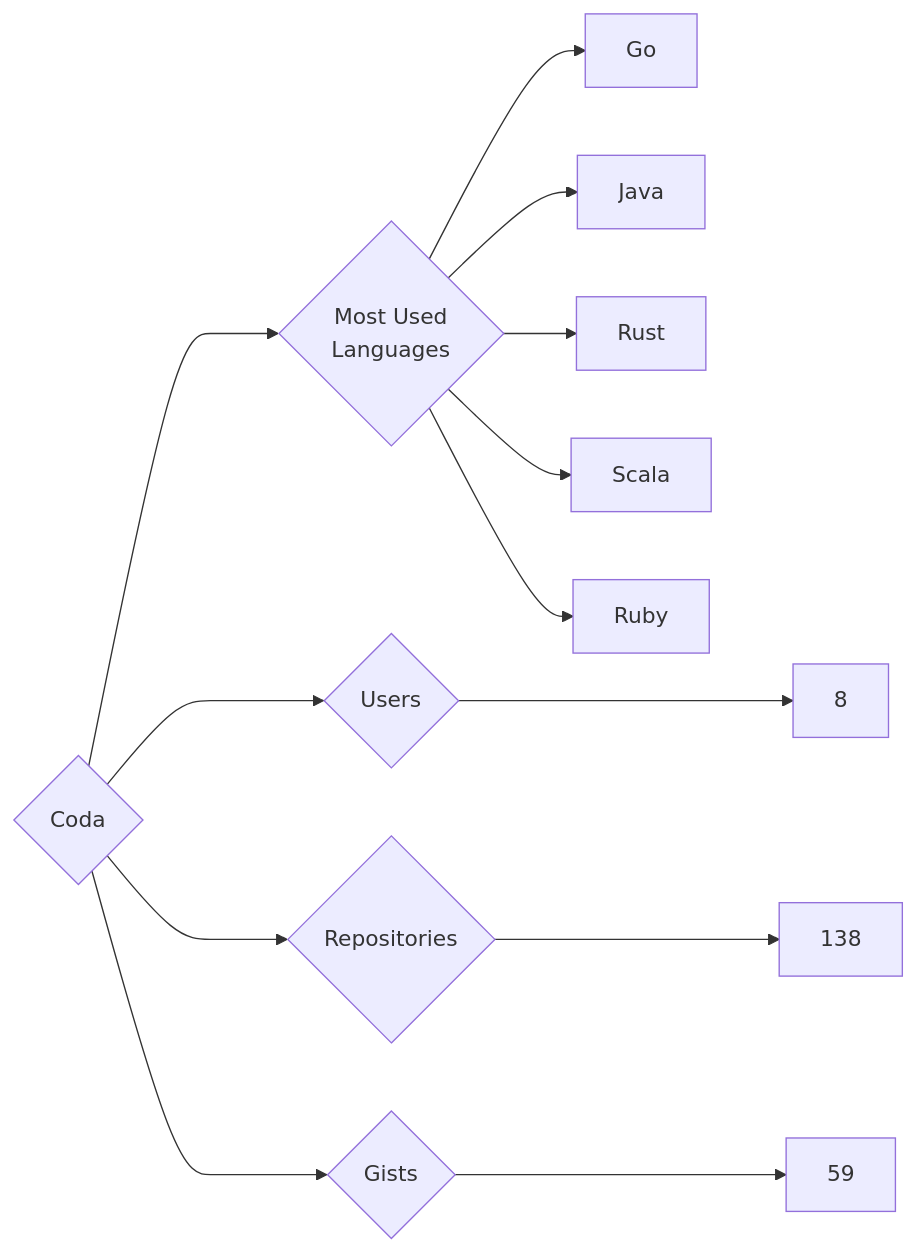
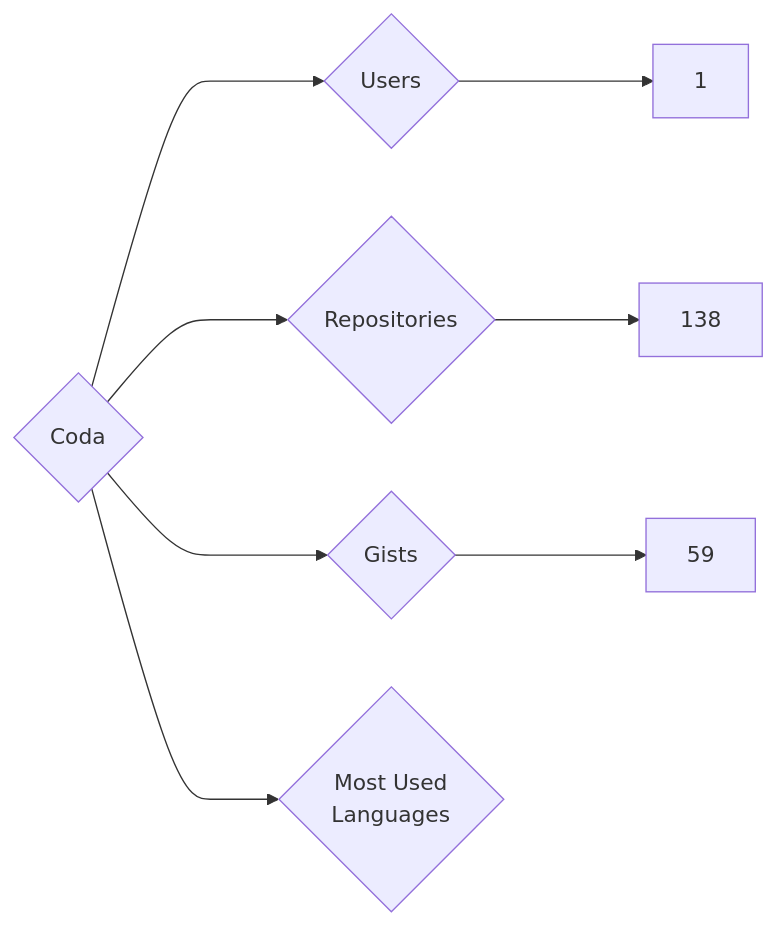
Before and after one commit to trickest/insiders: the diagram in targets/Coda/README.md, drawn with Mermaid. The commit also changed 860 other files, not shown here.

````diff
--- a/targets/Coda/README.md
+++ b/targets/Coda/README.md
@@ -3,13 +3,8 @@
 ```mermaid
 graph LR
 COMPANY_NAME{Coda}
-COMPANY_NAME ---> U{Users} ---> UN[8]
+COMPANY_NAME ---> U{Users} ---> UN[1]
 COMPANY_NAME ---> R{Repositories} ---> RN[138]
 COMPANY_NAME ---> G{Gists} ---> GN[59]
 COMPANY_NAME ---> ML{Most Used<br>Languages}
-ML --> Go[Go]
-ML --> Java[Java]
-ML --> Rust[Rust]
-ML --> Scala[Scala]
-ML --> Ruby[Ruby]
 ```
````
